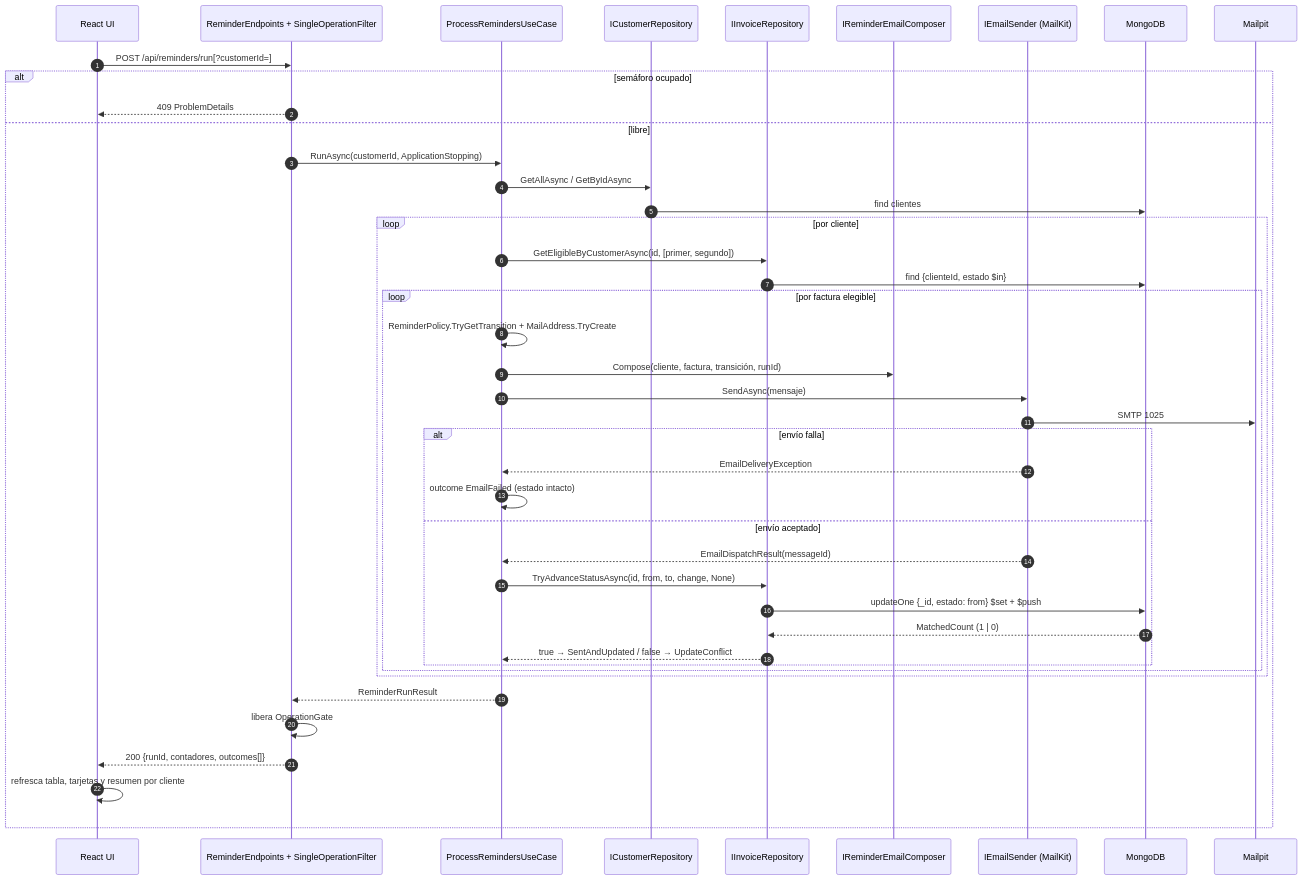
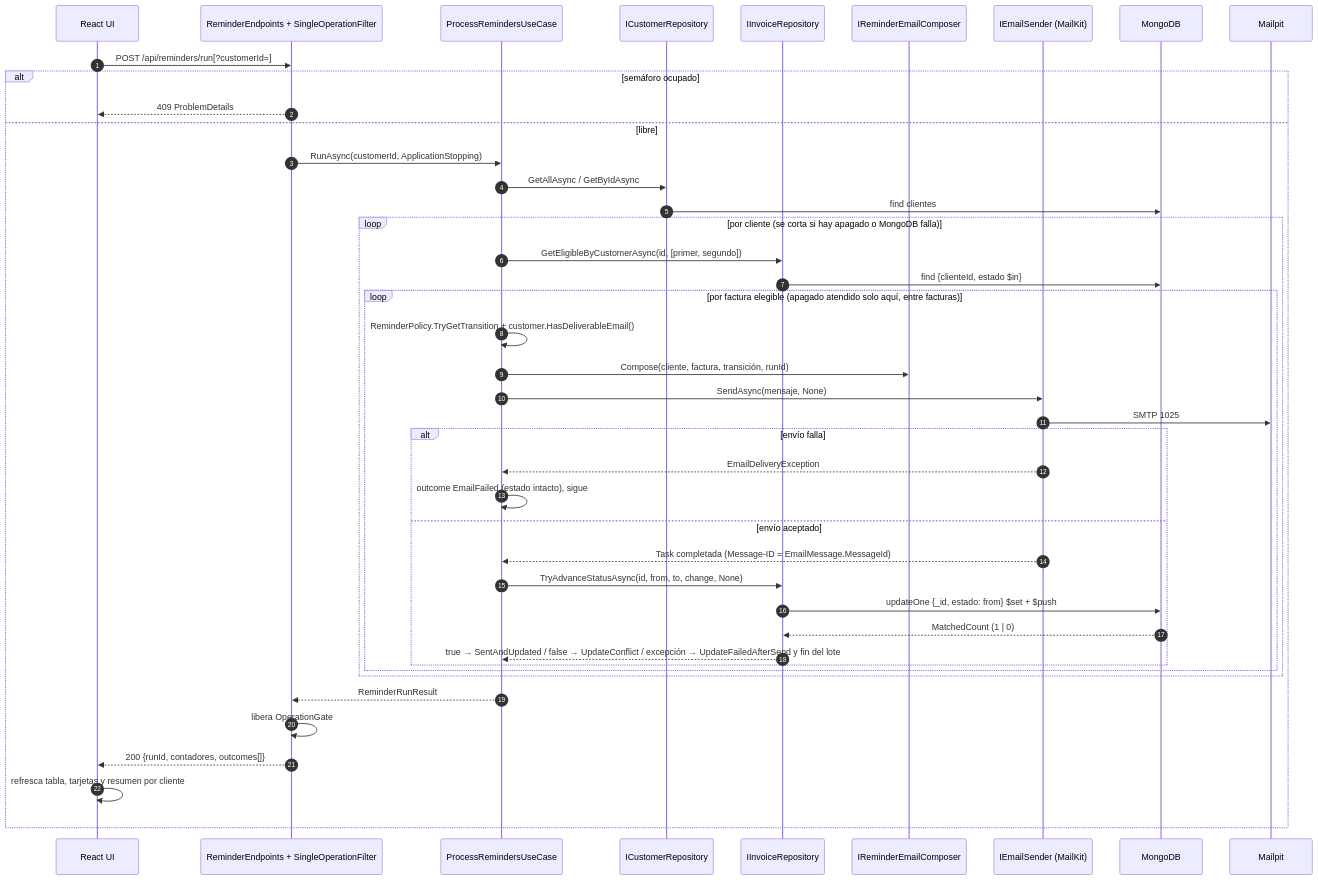
One commit to JulianContreras02/invoice-reminders changed the third of 3 diagrams in docs/ARQUITECTURA.md. Above: the diagram before and after it, drawn with Mermaid. The commit also changed other lines of this file and 28 other files, not shown here.

````diff
--- a/docs/ARQUITECTURA.md
+++ b/docs/ARQUITECTURA.md
@@ -148,46 +151,46 @@
 ```mermaid
 sequenceDiagram
   autonumber
   participant UI as React UI
   participant API as ReminderEndpoints + SingleOperationFilter
   participant UC as ProcessRemindersUseCase
   participant CR as ICustomerRepository
   participant IR as IInvoiceRepository
   participant C as IReminderEmailComposer
   participant S as IEmailSender (MailKit)
   participant M as MongoDB
   participant MP as Mailpit
 
   UI->>API: POST /api/reminders/run[?customerId=]
   alt semáforo ocupado
     API-->>UI: 409 ProblemDetails
   else libre
     API->>UC: RunAsync(customerId, ApplicationStopping)
     UC->>CR: GetAllAsync / GetByIdAsync
     CR->>M: find clientes
-    loop por cliente
+    loop por cliente (se corta si hay apagado o MongoDB falla)
       UC->>IR: GetEligibleByCustomerAsync(id, [primer, segundo])
       IR->>M: find {clienteId, estado $in}
-      loop por factura elegible
-        UC->>UC: ReminderPolicy.TryGetTransition + MailAddress.TryCreate
+      loop por factura elegible (apagado atendido solo aquí, entre facturas)
+        UC->>UC: ReminderPolicy.TryGetTransition + customer.HasDeliverableEmail()
         UC->>C: Compose(cliente, factura, transición, runId)
-        UC->>S: SendAsync(mensaje)
+        UC->>S: SendAsync(mensaje, None)
         S->>MP: SMTP 1025
         alt envío falla
           S-->>UC: EmailDeliveryException
-          UC->>UC: outcome EmailFailed (estado intacto)
+          UC->>UC: outcome EmailFailed (estado intacto), sigue
         else envío aceptado
-          S-->>UC: EmailDispatchResult(messageId)
+          S-->>UC: Task completada (Message-ID = EmailMessage.MessageId)
           UC->>IR: TryAdvanceStatusAsync(id, from, to, change, None)
           IR->>M: updateOne {_id, estado: from} $set + $push
           M-->>IR: MatchedCount (1 | 0)
-          IR-->>UC: true → SentAndUpdated / false → UpdateConflict
+          IR-->>UC: true → SentAndUpdated / false → UpdateConflict / excepción → UpdateFailedAfterSend y fin del lote
         end
       end
     end
     UC-->>API: ReminderRunResult
     API->>API: libera OperationGate
     API-->>UI: 200 {runId, contadores, outcomes[]}
     UI->>UI: refresca tabla, tarjetas y resumen por cliente
   end
 ```
````
